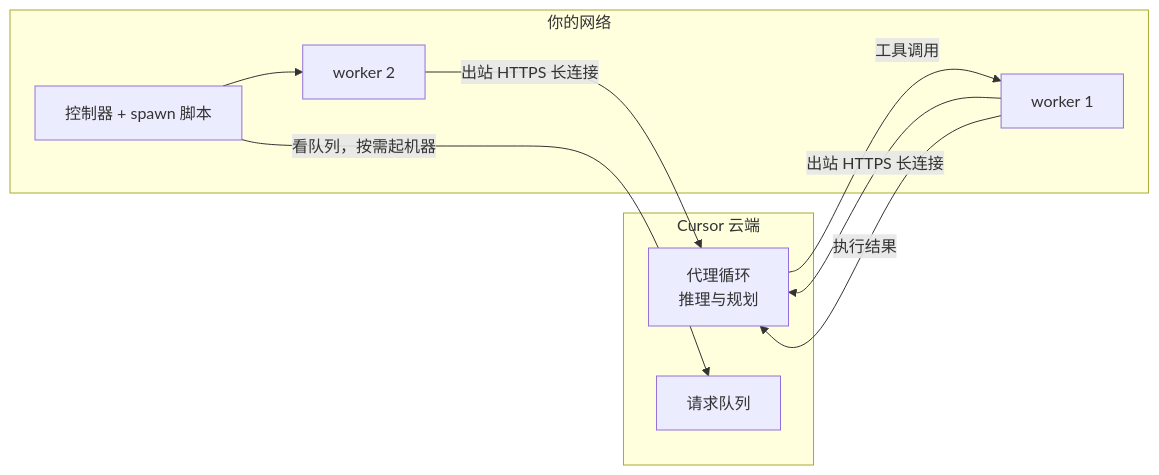
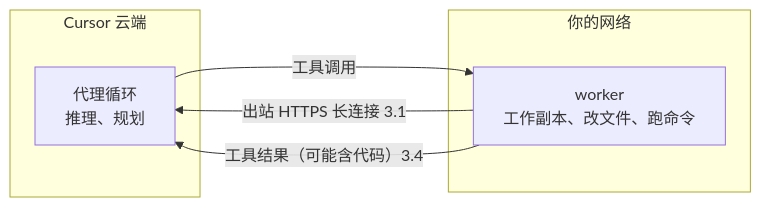
One commit to yzw7489757/ai-coding-videos changed the diagram in docs/51-cursor-self-hosted-machines.md. Above: the diagram before and after it, drawn with Mermaid. The commit also changed other lines of this file and 7 other files, not shown here.

````diff
--- a/docs/51-cursor-self-hosted-machines.md
+++ b/docs/51-cursor-self-hosted-machines.md
@@ -48,18 +66,12 @@
 ```mermaid
 flowchart LR
-    subgraph Cursor["Cursor 云端"]
-        L["代理循环<br/>推理与规划"]
-        Q["请求队列"]
-    end
-    subgraph You["你的网络"]
-        W1["worker 1"]
-        W2["worker 2"]
-        CTL["控制器 + spawn 脚本"]
-    end
-    W1 -- "出站 HTTPS 长连接" --> L
-    W2 -- "出站 HTTPS 长连接" --> L
-    L -- "工具调用" --> W1
-    W1 -- "执行结果" --> L
-    CTL -- "看队列，按需起机器" --> Q
-    CTL --> W2
+  subgraph Cursor["Cursor 云端"]
+    L["代理循环<br/>推理、规划"]
+  end
+  subgraph Yours["你的网络"]
+    W["worker<br/>工作副本、改文件、跑命令"]
+  end
+  W -- "出站 HTTPS 长连接 3.1" --> L
+  L -- "工具调用" --> W
+  W -- "工具结果（可能含代码）3.4" --> L
 ```
````
